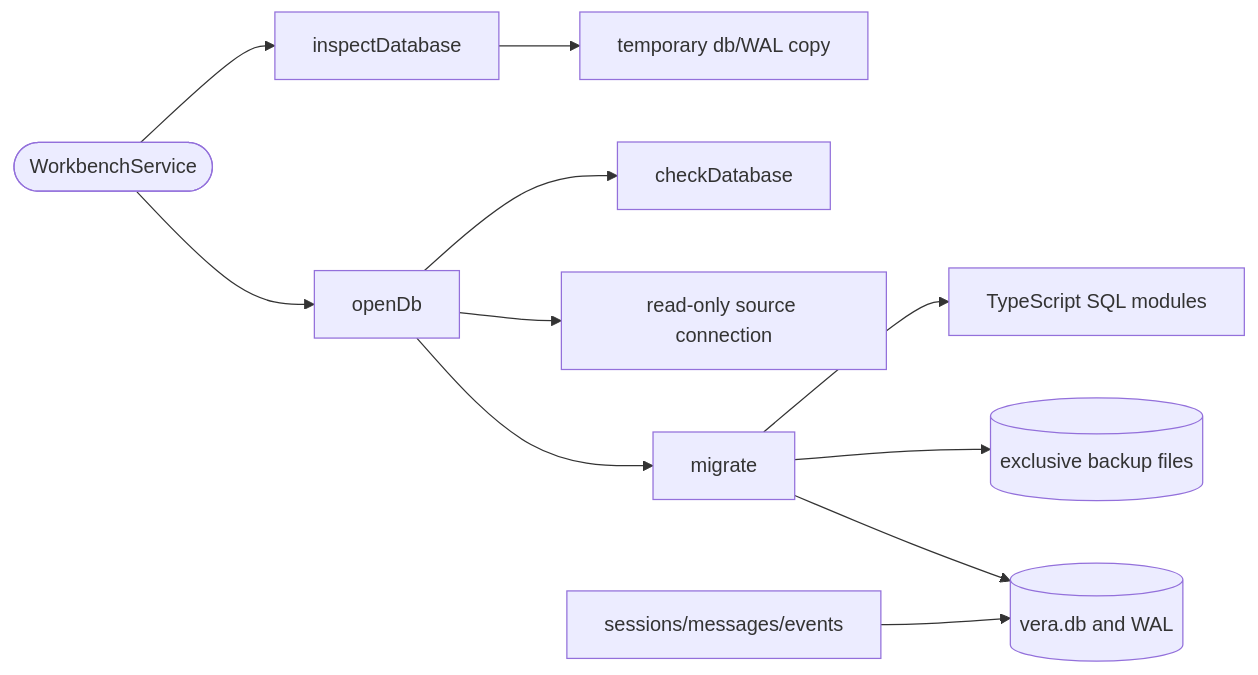
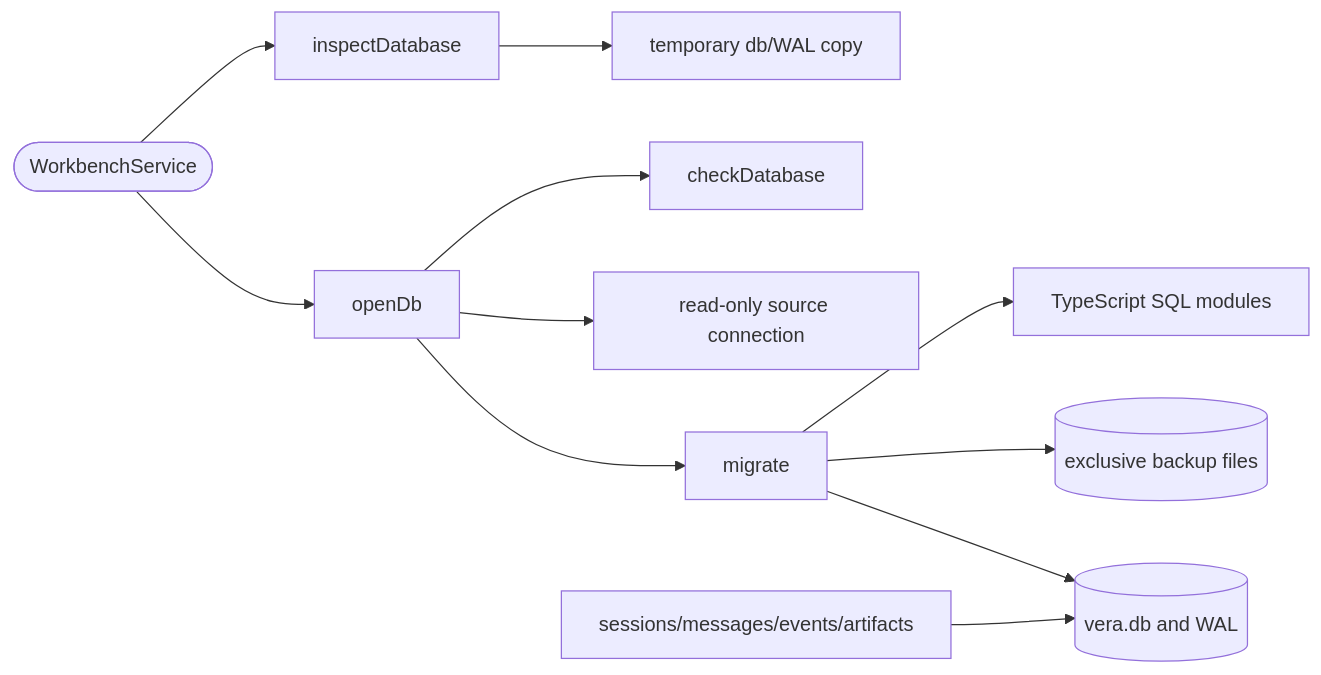
The diagram in .agentic/knowledge/workbench-storage.md (DDP-Engineering/2026_Virtual_Embedded_Rig_Assistant), drawn with Mermaid before and after one commit. The commit also changed other lines of this file and 54 other files, not shown here.

````diff
--- a/.agentic/knowledge/workbench-storage.md
+++ b/.agentic/knowledge/workbench-storage.md
@@ -55,13 +56,13 @@
 ```mermaid
 flowchart LR
   service([WorkbenchService]) --> inspectDatabase
   inspectDatabase --> snapshot[temporary db/WAL copy]
   service --> openDb
   openDb --> checkDatabase
   openDb --> keeper[read-only source connection]
   openDb --> migrate
   migrate --> catalogue[TypeScript SQL modules]
   migrate --> backups[(exclusive backup files)]
   migrate --> db[(vera.db and WAL)]
-  repositories[sessions/messages/events] --> db
+  repositories[sessions/messages/events/artifacts] --> db
 ```
````
